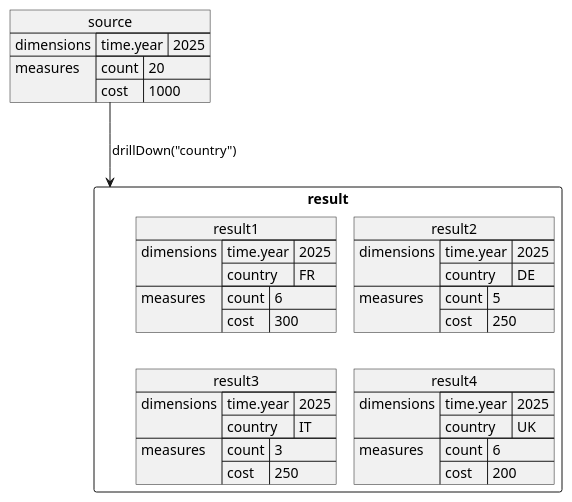
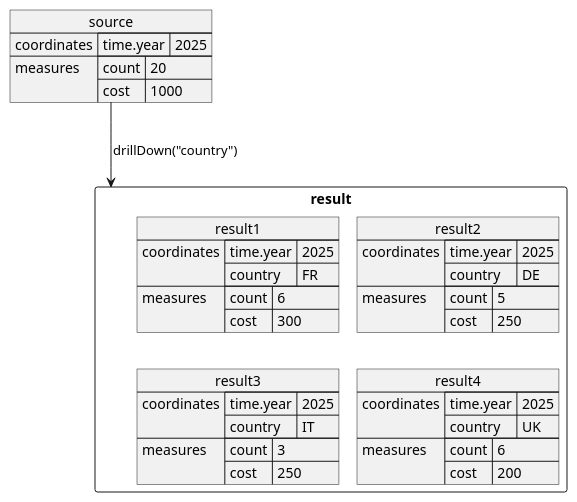
One commit to rekalogika/rekalogika-docs changed the diagram in docs/analytics/04-query/diagrams/drillDown.puml. Above: the diagram before and after it, drawn with PlantUML. The commit also changed 8 other files, not shown here.

```diff
--- a/docs/analytics/04-query/diagrams/drillDown.puml
+++ b/docs/analytics/04-query/diagrams/drillDown.puml
@@ -1,62 +1,62 @@
 @startuml
 !pragma layout smetana
 
 json source {
-    "dimensions": {
+    "coordinates": {
         "time.year":"2025"
     },
     "measures": {
         "count": 20,
         "cost": 1000
     }
 }
 
 package result <<Rectangle>> {
     json result1 {
-        "dimensions": {
+        "coordinates": {
             "time.year":"2025",
             "country":"FR"
         },
         "measures": {
             "count": 6,
             "cost": 300
         }
     }
 
     json result2 {
-        "dimensions": {
+        "coordinates": {
             "time.year":"2025",
             "country":"DE"
         },
         "measures": {
             "count": 5,
             "cost": 250
         }
     }
 
     json result3 {
-        "dimensions": {
+        "coordinates": {
             "time.year":"2025",
             "country":"IT"
         },
         "measures": {
             "count": 3,
             "cost": 250
         }
     }
 
     json result4 {
-        "dimensions": {
+        "coordinates": {
             "time.year":"2025",
             "country":"UK"
         },
         "measures": {
             "count": 6,
             "cost": 200
         }
     }
 }
 
 source -down--> result : drillDown("country")
 
 @endu
```
